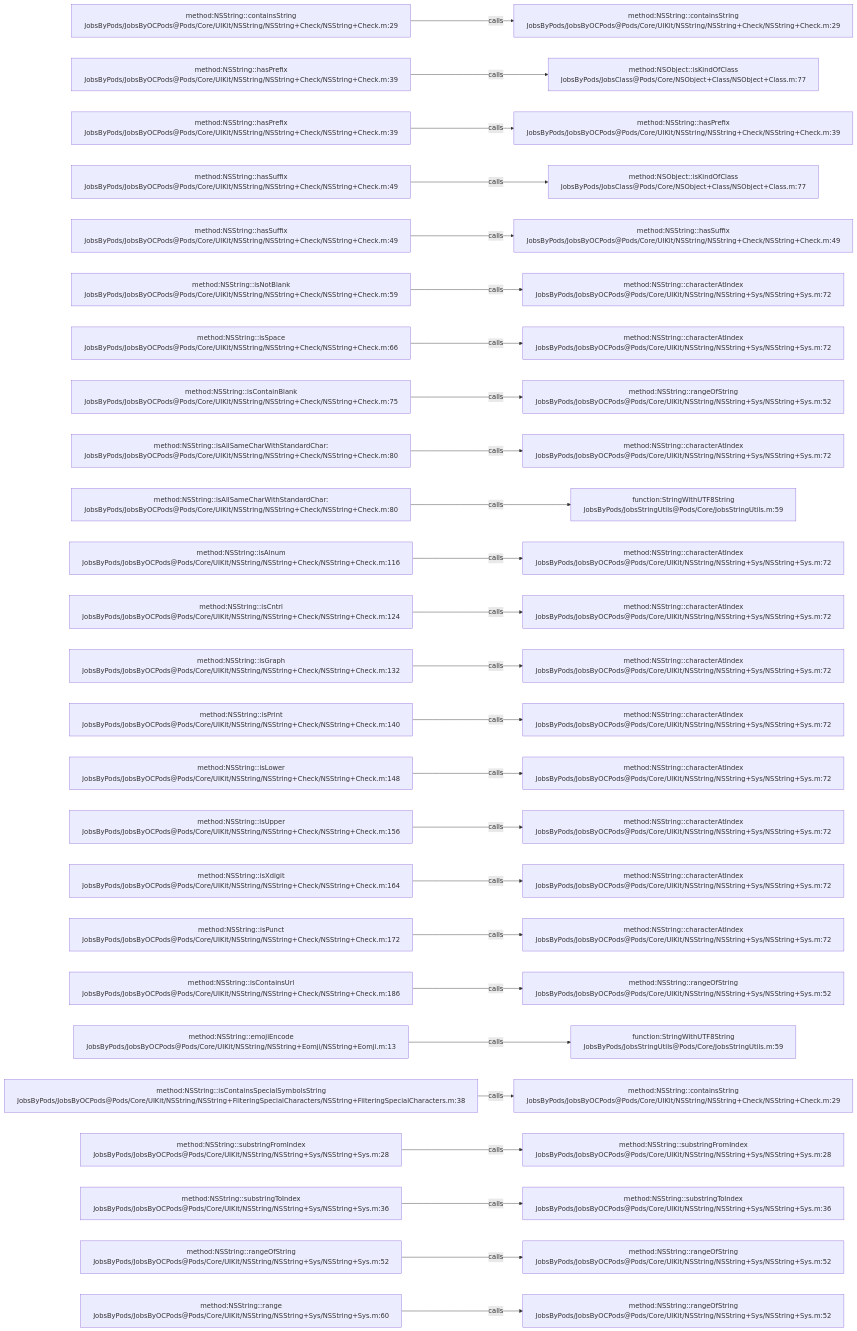
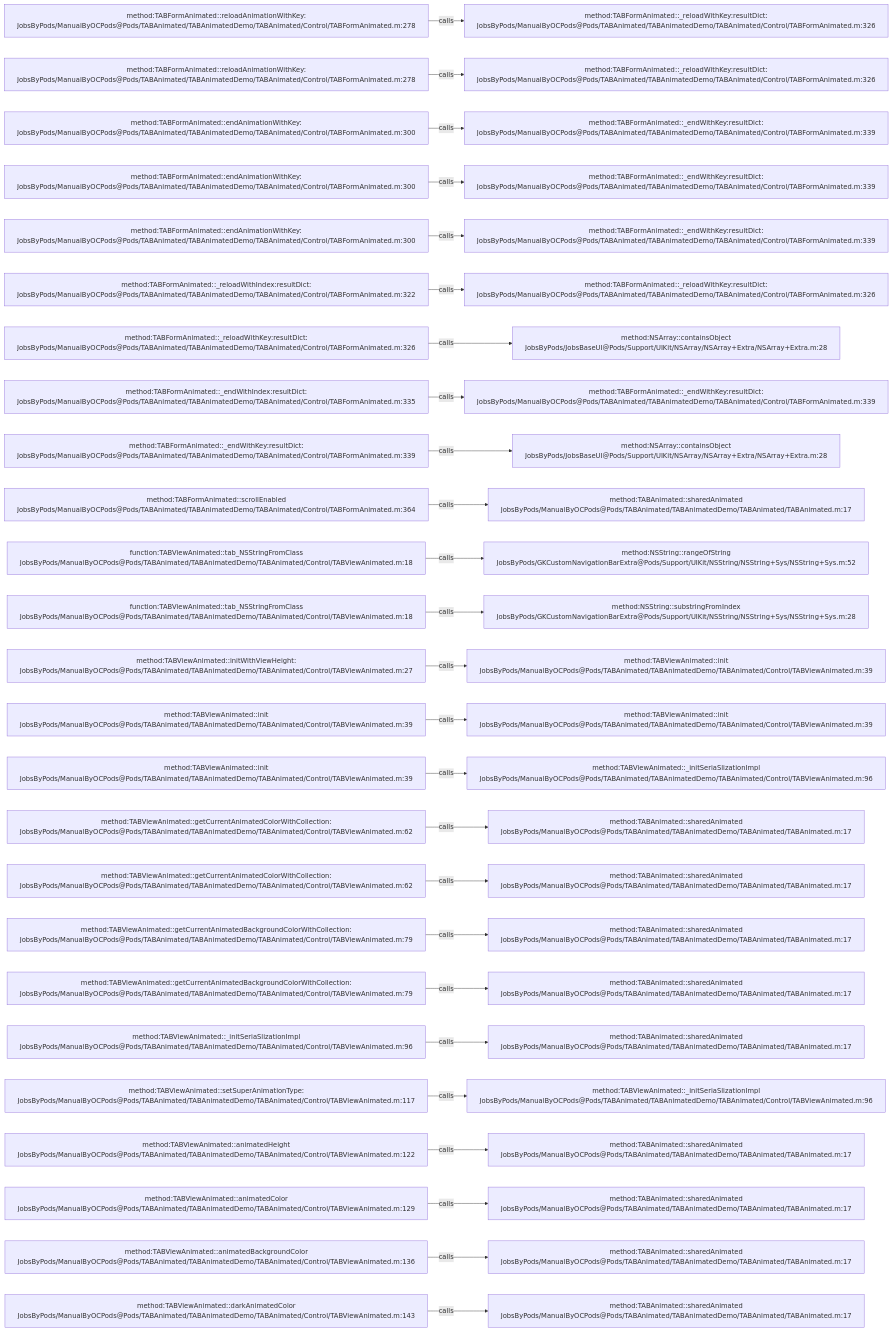
The diagram in .codegraph/codegraph.md/graphs/calls-033.md (JobsKits/JobsOCBaseConfigDemo), drawn with Mermaid before and after one commit. The commit also changed 2162 other files, not shown here.

````diff
--- a/.codegraph/codegraph.md/graphs/calls-033.md
+++ b/.codegraph/codegraph.md/graphs/calls-033.md
@@ -13,78 +13,78 @@
 ```mermaid
 flowchart LR
-  S1["method:NSString::containsString<br/>JobsByPods/JobsByOCPods@Pods/Core/UIKit/NSString/NSString+Check/NSString+Check.m:29"]
-  T1["method:NSString::containsString<br/>JobsByPods/JobsByOCPods@Pods/Core/UIKit/NSString/NSString+Check/NSString+Check.m:29"]
+  S1["method:TABFormAnimated::reloadAnimationWithKey:<br/>JobsByPods/ManualByOCPods@Pods/TABAnimated/TABAnimatedDemo/TABAnimated/Control/TABFormAnimated.m:278"]
+  T1["method:TABFormAnimated::_reloadWithKey:resultDict:<br/>JobsByPods/ManualByOCPods@Pods/TABAnimated/TABAnimatedDemo/TABAnimated/Control/TABFormAnimated.m:326"]
   S1 -->|calls| T1
-  S2["method:NSString::hasPrefix<br/>JobsByPods/JobsByOCPods@Pods/Core/UIKit/NSString/NSString+Check/NSString+Check.m:39"]
-  T2["method:NSObject::isKindOfClass<br/>JobsByPods/JobsClass@Pods/Core/NSObject+Class/NSObject+Class.m:77"]
+  S2["method:TABFormAnimated::reloadAnimationWithKey:<br/>JobsByPods/ManualByOCPods@Pods/TABAnimated/TABAnimatedDemo/TABAnimated/Control/TABFormAnimated.m:278"]
+  T2["method:TABFormAnimated::_reloadWithKey:resultDict:<br/>JobsByPods/ManualByOCPods@Pods/TABAnimated/TABAnimatedDemo/TABAnimated/Control/TABFormAnimated.m:326"]
   S2 -->|calls| T2
-  S3["method:NSString::hasPrefix<br/>JobsByPods/JobsByOCPods@Pods/Core/UIKit/NSString/NSString+Check/NSString+Check.m:39"]
-  T3["method:NSString::hasPrefix<br/>JobsByPods/JobsByOCPods@Pods/Core/UIKit/NSString/NSString+Check/NSString+Check.m:39"]
+  S3["method:TABFormAnimated::endAnimationWithKey:<br/>JobsByPods/ManualByOCPods@Pods/TABAnimated/TABAnimatedDemo/TABAnimated/Control/TABFormAnimated.m:300"]
+  T3["method:TABFormAnimated::_endWithKey:resultDict:<br/>JobsByPods/ManualByOCPods@Pods/TABAnimated/TABAnimatedDemo/TABAnimated/Control/TABFormAnimated.m:339"]
   S3 -->|calls| T3
-  S4["method:NSString::hasSuffix<br/>JobsByPods/JobsByOCPods@Pods/Core/UIKit/NSString/NSString+Check/NSString+Check.m:49"]
-  T4["method:NSObject::isKindOfClass<br/>JobsByPods/JobsClass@Pods/Core/NSObject+Class/NSObject+Class.m:77"]
+  S4["method:TABFormAnimated::endAnimationWithKey:<br/>JobsByPods/ManualByOCPods@Pods/TABAnimated/TABAnimatedDemo/TABAnimated/Control/TABFormAnimated.m:300"]
+  T4["method:TABFormAnimated::_endWithKey:resultDict:<br/>JobsByPods/ManualByOCPods@Pods/TABAnimated/TABAnimatedDemo/TABAnimated/Control/TABFormAnimated.m:339"]
   S4 -->|calls| T4
-  S5["method:NSString::hasSuffix<br/>JobsByPods/JobsByOCPods@Pods/Core/UIKit/NSString/NSString+Check/NSString+Check.m:49"]
-  T5["method:NSString::hasSuffix<br/>JobsByPods/JobsByOCPods@Pods/Core/UIKit/NSString/NSString+Check/NSString+Check.m:49"]
+  S5["method:TABFormAnimated::endAnimationWithKey:<br/>JobsByPods/ManualByOCPods@Pods/TABAnimated/TABAnimatedDemo/TABAnimated/Control/TABFormAnimated.m:300"]
+  T5["method:TABFormAnimated::_endWithKey:resultDict:<br/>JobsByPods/ManualByOCPods@Pods/TABAnimated/TABAnimatedDemo/TABAnimated/Control/TABFormAnimated.m:339"]
   S5 -->|calls| T5
-  S6["method:NSString::isNotBlank<br/>JobsByPods/JobsByOCPods@Pods/Core/UIKit/NSString/NSString+Check/NSString+Check.m:59"]
-  T6["method:NSString::characterAtIndex<br/>JobsByPods/JobsByOCPods@Pods/Core/UIKit/NSString/NSString+Sys/NSString+Sys.m:72"]
+  S6["method:TABFormAnimated::_reloadWithIndex:resultDict:<br/>JobsByPods/ManualByOCPods@Pods/TABAnimated/TABAnimatedDemo/TABAnimated/Control/TABFormAnimated.m:322"]
+  T6["method:TABFormAnimated::_reloadWithKey:resultDict:<br/>JobsByPods/ManualByOCPods@Pods/TABAnimated/TABAnimatedDemo/TABAnimated/Control/TABFormAnimated.m:326"]
   S6 -->|calls| T6
-  S7["method:NSString::isSpace<br/>JobsByPods/JobsByOCPods@Pods/Core/UIKit/NSString/NSString+Check/NSString+Check.m:66"]
-  T7["method:NSString::characterAtIndex<br/>JobsByPods/JobsByOCPods@Pods/Core/UIKit/NSString/NSString+Sys/NSString+Sys.m:72"]
+  S7["method:TABFormAnimated::_reloadWithKey:resultDict:<br/>JobsByPods/ManualByOCPods@Pods/TABAnimated/TABAnimatedDemo/TABAnimated/Control/TABFormAnimated.m:326"]
+  T7["method:NSArray::containsObject<br/>JobsByPods/JobsBaseUI@Pods/Support/UIKit/NSArray/NSArray+Extra/NSArray+Extra.m:28"]
   S7 -->|calls| T7
-  S8["method:NSString::isContainBlank<br/>JobsByPods/JobsByOCPods@Pods/Core/UIKit/NSString/NSString+Check/NSString+Check.m:75"]
-  T8["method:NSString::rangeOfString<br/>JobsByPods/JobsByOCPods@Pods/Core/UIKit/NSString/NSString+Sys/NSString+Sys.m:52"]
+  S8["method:TABFormAnimated::_endWithIndex:resultDict:<br/>JobsByPods/ManualByOCPods@Pods/TABAnimated/TABAnimatedDemo/TABAnimated/Control/TABFormAnimated.m:335"]
+  T8["method:TABFormAnimated::_endWithKey:resultDict:<br/>JobsByPods/ManualByOCPods@Pods/TABAnimated/TABAnimatedDemo/TABAnimated/Control/TABFormAnimated.m:339"]
   S8 -->|calls| T8
-  S9["method:NSString::isAllSameCharWithStandardChar:<br/>JobsByPods/JobsByOCPods@Pods/Core/UIKit/NSString/NSString+Check/NSString+Check.m:80"]
-  T9["method:NSString::characterAtIndex<br/>JobsByPods/JobsByOCPods@Pods/Core/UIKit/NSString/NSString+Sys/NSString+Sys.m:72"]
+  S9["method:TABFormAnimated::_endWithKey:resultDict:<br/>JobsByPods/ManualByOCPods@Pods/TABAnimated/TABAnimatedDemo/TABAnimated/Control/TABFormAnimated.m:339"]
+  T9["method:NSArray::containsObject<br/>JobsByPods/JobsBaseUI@Pods/Support/UIKit/NSArray/NSArray+Extra/NSArray+Extra.m:28"]
   S9 -->|calls| T9
-  S10["method:NSString::isAllSameCharWithStandardChar:<br/>JobsByPods/JobsByOCPods@Pods/Core/UIKit/NSString/NSString+Check/NSString+Check.m:80"]
-  T10["function:StringWithUTF8String<br/>JobsByPods/JobsStringUtils@Pods/Core/JobsStringUtils.m:59"]
+  S10["method:TABFormAnimated::scrollEnabled<br/>JobsByPods/ManualByOCPods@Pods/TABAnimated/TABAnimatedDemo/TABAnimated/Control/TABFormAnimated.m:364"]
+  T10["method:TABAnimated::sharedAnimated<br/>JobsByPods/ManualByOCPods@Pods/TABAnimated/TABAnimatedDemo/TABAnimated/TABAnimated.m:17"]
   S10 -->|calls| T10
-  S11["method:NSString::isAlnum<br/>JobsByPods/JobsByOCPods@Pods/Core/UIKit/NSString/NSString+Check/NSString+Check.m:116"]
-  T11["method:NSString::characterAtIndex<br/>JobsByPods/JobsByOCPods@Pods/Core/UIKit/NSString/NSString+Sys/NSString+Sys.m:72"]
+  S11["function:TABViewAnimated::tab_NSStringFromClass<br/>JobsByPods/ManualByOCPods@Pods/TABAnimated/TABAnimatedDemo/TABAnimated/Control/TABViewAnimated.m:18"]
+  T11["method:NSString::rangeOfString<br/>JobsByPods/GKCustomNavigationBarExtra@Pods/Support/UIKit/NSString/NSString+Sys/NSString+Sys.m:52"]
   S11 -->|calls| T11
-  S12["method:NSString::isCntrl<br/>JobsByPods/JobsByOCPods@Pods/Core/UIKit/NSString/NSString+Check/NSString+Check.m:124"]
-  T12["method:NSString::characterAtIndex<br/>JobsByPods/JobsByOCPods@Pods/Core/UIKit/NSString/NSString+Sys/NSString+Sys.m:72"]
+  S12["function:TABViewAnimated::tab_NSStringFromClass<br/>JobsByPods/ManualByOCPods@Pods/TABAnimated/TABAnimatedDemo/TABAnimated/Control/TABViewAnimated.m:18"]
+  T12["method:NSString::substringFromIndex<br/>JobsByPods/GKCustomNavigationBarExtra@Pods/Support/UIKit/NSString/NSString+Sys/NSString+Sys.m:28"]
   S12 -->|calls| T12
-  S13["method:NSString::isGraph<br/>JobsByPods/JobsByOCPods@Pods/Core/UIKit/NSString/NSString+Check/NSString+Check.m:132"]
-  T13["method:NSString::characterAtIndex<br/>JobsByPods/JobsByOCPods@Pods/Core/UIKit/NSString/NSString+Sys/NSString+Sys.m:72"]
+  S13["method:TABViewAnimated::initWithViewHeight:<br/>JobsByPods/ManualByOCPods@Pods/TABAnimated/TABAnimatedDemo/TABAnimated/Control/TABViewAnimated.m:27"]
+  T13["method:TABViewAnimated::init<br/>JobsByPods/ManualByOCPods@Pods/TABAnimated/TABAnimatedDemo/TABAnimated/Control/TABViewAnimated.m:39"]
   S13 -->|calls| T13
-  S14["method:NSString::isPrint<br/>JobsByPods/JobsByOCPods@Pods/Core/UIKit/NSString/NSString+Check/NSString+Check.m:140"]
-  T14["method:NSString::characterAtIndex<br/>JobsByPods/JobsByOCPods@Pods/Core/UIKit/NSString/NSString+Sys/NSString+Sys.m:72"]
+  S14["method:TABViewAnimated::init<br/>JobsByPods/ManualByOCPods@Pods/TABAnimated/TABAnimatedDemo/TABAnimated/Control/TABViewAnimated.m:39"]
+  T14["method:TABViewAnimated::init<br/>JobsByPods/ManualByOCPods@Pods/TABAnimated/TABAnimatedDemo/TABAnimated/Control/TABViewAnimated.m:39"]
   S14 -->|calls| T14
-  S15["method:NSString::isLower<br/>JobsByPods/JobsByOCPods@Pods/Core/UIKit/NSString/NSString+Check/NSString+Check.m:148"]
-  T15["method:NSString::characterAtIndex<br/>JobsByPods/JobsByOCPods@Pods/Core/UIKit/NSString/NSString+Sys/NSString+Sys.m:72"]
+  S15["method:TABViewAnimated::init<br/>JobsByPods/ManualByOCPods@Pods/TABAnimated/TABAnimatedDemo/TABAnimated/Control/TABViewAnimated.m:39"]
+  T15["method:TABViewAnimated::_initSeriaSlizationImpl<br/>JobsByPods/ManualByOCPods@Pods/TABAnimated/TABAnimatedDemo/TABAnimated/Control/TABViewAnimated.m:96"]
   S15 -->|calls| T15
-  S16["method:NSString::isUpper<br/>JobsByPods/JobsByOCPods@Pods/Core/UIKit/NSString/NSString+Check/NSString+Check.m:156"]
-  T16["method:NSString::characterAtIndex<br/>JobsByPods/JobsByOCPods@Pods/Core/UIKit/NSString/NSString+Sys/NSString+Sys.m:72"]
+  S16["method:TABViewAnimated::getCurrentAnimatedColorWithCollection:<br/>JobsByPods/ManualByOCPods@Pods/TABAnimated/TABAnimatedDemo/TABAnimated/Control/TABViewAnimated.m:62"]
+  T16["method:TABAnimated::sharedAnimated<br/>JobsByPods/ManualByOCPods@Pods/TABAnimated/TABAnimatedDemo/TABAnimated/TABAnimated.m:17"]
   S16 -->|calls| T16
-  S17["method:NSString::isXdigit<br/>JobsByPods/JobsByOCPods@Pods/Core/UIKit/NSString/NSString+Check/NSString+Check.m:164"]
-  T17["method:NSString::characterAtIndex<br/>JobsByPods/JobsByOCPods@Pods/Core/UIKit/NSString/NSString+Sys/NSString+Sys.m:72"]
+  S17["method:TABViewAnimated::getCurrentAnimatedColorWithCollection:<br/>JobsByPods/ManualByOCPods@Pods/TABAnimated/TABAnimatedDemo/TABAnimated/Control/TABViewAnimated.m:62"]
+  T17["method:TABAnimated::sharedAnimated<br/>JobsByPods/ManualByOCPods@Pods/TABAnimated/TABAnimatedDemo/TABAnimated/TABAnimated.m:17"]
   S17 -->|calls| T17
-  S18["method:NSString::isPunct<br/>JobsByPods/JobsByOCPods@Pods/Core/UIKit/NSString/NSString+Check/NSString+Check.m:172"]
-  T18["method:NSString::characterAtIndex<br/>JobsByPods/JobsByOCPods@Pods/Core/UIKit/NSString/NSString+Sys/NSString+Sys.m:72"]
+  S18["method:TABViewAnimated::getCurrentAnimatedBackgroundColorWithCollection:<br/>JobsByPods/ManualByOCPods@Pods/TABAnimated/TABAnimatedDemo/TABAnimated/Control/TABViewAnimated.m:79"]
+  T18["method:TABAnimated::sharedAnimated<br/>JobsByPods/ManualByOCPods@Pods/TABAnimated/TABAnimatedDemo/TABAnimated/TABAnimated.m:17"]
   S18 -->|calls| T18
-  S19["method:NSString::isContainsUrl<br/>JobsByPods/JobsByOCPods@Pods/Core/UIKit/NSString/NSString+Check/NSString+Check.m:186"]
-  T19["method:NSString::rangeOfString<br/>JobsByPods/JobsByOCPods@Pods/Core/UIKit/NSString/NSString+Sys/NSString+Sys.m:52"]
+  S19["method:TABViewAnimated::getCurrentAnimatedBackgroundColorWithCollection:<br/>JobsByPods/ManualByOCPods@Pods/TABAnimated/TABAnimatedDemo/TABAnimated/Control/TABViewAnimated.m:79"]
+  T19["method:TABAnimated::sharedAnimated<br/>JobsByPods/ManualByOCPods@Pods/TABAnimated/TABAnimatedDemo/TABAnimated/TABAnimated.m:17"]
   S19 -->|calls| T19
-  S20["method:NSString::emojiEncode<br/>JobsByPods/JobsByOCPods@Pods/Core/UIKit/NSString/NSString+Eomji/NSString+Eomji.m:13"]
-  T20["function:StringWithUTF8String<br/>JobsByPods/JobsStringUtils@Pods/Core/JobsStringUtils.m:59"]
+  S20["method:TABViewAnimated::_initSeriaSlizationImpl<br/>JobsByPods/ManualByOCPods@Pods/TABAnimated/TABAnimatedDemo/TABAnimated/Control/TABViewAnimated.m:96"]
+  T20["method:TABAnimated::sharedAnimated<br/>JobsByPods/ManualByOCPods@Pods/TABAnimated/TABAnimatedDemo/TABAnimated/TABAnimated.m:17"]
   S20 -->|calls| T20
-  S21["method:NSString::isContainsSpecialSymbolsString<br/>JobsByPods/JobsByOCPods@Pods/Core/UIKit/NSString/NSString+FilteringSpecialCharacters/NSString+FilteringSpecialCharacters.m:38"]
-  T21["method:NSString::containsString<br/>JobsByPods/JobsByOCPods@Pods/Core/UIKit/NSString/NSString+Check/NSString+Check.m:29"]
+  S21["method:TABViewAnimated::setSuperAnimationType:<br/>JobsByPods/ManualByOCPods@Pods/TABAnimated/TABAnimatedDemo/TABAnimated/Control/TABViewAnimated.m:117"]
+  T21["method:TABViewAnimated::_initSeriaSlizationImpl<br/>JobsByPods/ManualByOCPods@Pods/TABAnimated/TABAnimatedDemo/TABAnimated/Control/TABViewAnimated.m:96"]
   S21 -->|calls| T21
-  S22["method:NSString::substringFromIndex<br/>JobsByPods/JobsByOCPods@Pods/Core/UIKit/NSString/NSString+Sys/NSString+Sys.m:28"]
-  T22["method:NSString::substringFromIndex<br/>JobsByPods/JobsByOCPods@Pods/Core/UIKit/NSString/NSString+Sys/NSString+Sys.m:28"]
+  S22["method:TABViewAnimated::animatedHeight<br/>JobsByPods/ManualByOCPods@Pods/TABAnimated/TABAnimatedDemo/TABAnimated/Control/TABViewAnimated.m:122"]
+  T22["method:TABAnimated::sharedAnimated<br/>JobsByPods/ManualByOCPods@Pods/TABAnimated/TABAnimatedDemo/TABAnimated/TABAnimated.m:17"]
   S22 -->|calls| T22
-  S23["method:NSString::substringToIndex<br/>JobsByPods/JobsByOCPods@Pods/Core/UIKit/NSString/NSString+Sys/NSString+Sys.m:36"]
-  T23["method:NSString::substringToIndex<br/>JobsByPods/JobsByOCPods@Pods/Core/UIKit/NSString/NSString+Sys/NSString+Sys.m:36"]
+  S23["method:TABViewAnimated::animatedColor<br/>JobsByPods/ManualByOCPods@Pods/TABAnimated/TABAnimatedDemo/TABAnimated/Control/TABViewAnimated.m:129"]
+  T23["method:TABAnimated::sharedAnimated<br/>JobsByPods/ManualByOCPods@Pods/TABAnimated/TABAnimatedDemo/TABAnimated/TABAnimated.m:17"]
   S23 -->|calls| T23
-  S24["method:NSString::rangeOfString<br/>JobsByPods/JobsByOCPods@Pods/Core/UIKit/NSString/NSString+Sys/NSString+Sys.m:52"]
-  T24["method:NSString::rangeOfString<br/>JobsByPods/JobsByOCPods@Pods/Core/UIKit/NSString/NSString+Sys/NSString+Sys.m:52"]
+  S24["method:TABViewAnimated::animatedBackgroundColor<br/>JobsByPods/ManualByOCPods@Pods/TABAnimated/TABAnimatedDemo/TABAnimated/Control/TABViewAnimated.m:136"]
+  T24["method:TABAnimated::sharedAnimated<br/>JobsByPods/ManualByOCPods@Pods/TABAnimated/TABAnimatedDemo/TABAnimated/TABAnimated.m:17"]
   S24 -->|calls| T24
-  S25["method:NSString::range<br/>JobsByPods/JobsByOCPods@Pods/Core/UIKit/NSString/NSString+Sys/NSString+Sys.m:60"]
-  T25["method:NSString::rangeOfString<br/>JobsByPods/JobsByOCPods@Pods/Core/UIKit/NSString/NSString+Sys/NSString+Sys.m:52"]
+  S25["method:TABViewAnimated::darkAnimatedColor<br/>JobsByPods/ManualByOCPods@Pods/TABAnimated/TABAnimatedDemo/TABAnimated/Control/TABViewAnimated.m:143"]
+  T25["method:TABAnimated::sharedAnimated<br/>JobsByPods/ManualByOCPods@Pods/TABAnimated/TABAnimatedDemo/TABAnimated/TABAnimated.m:17"]
   S25 -->|calls| T25
 ```
````
